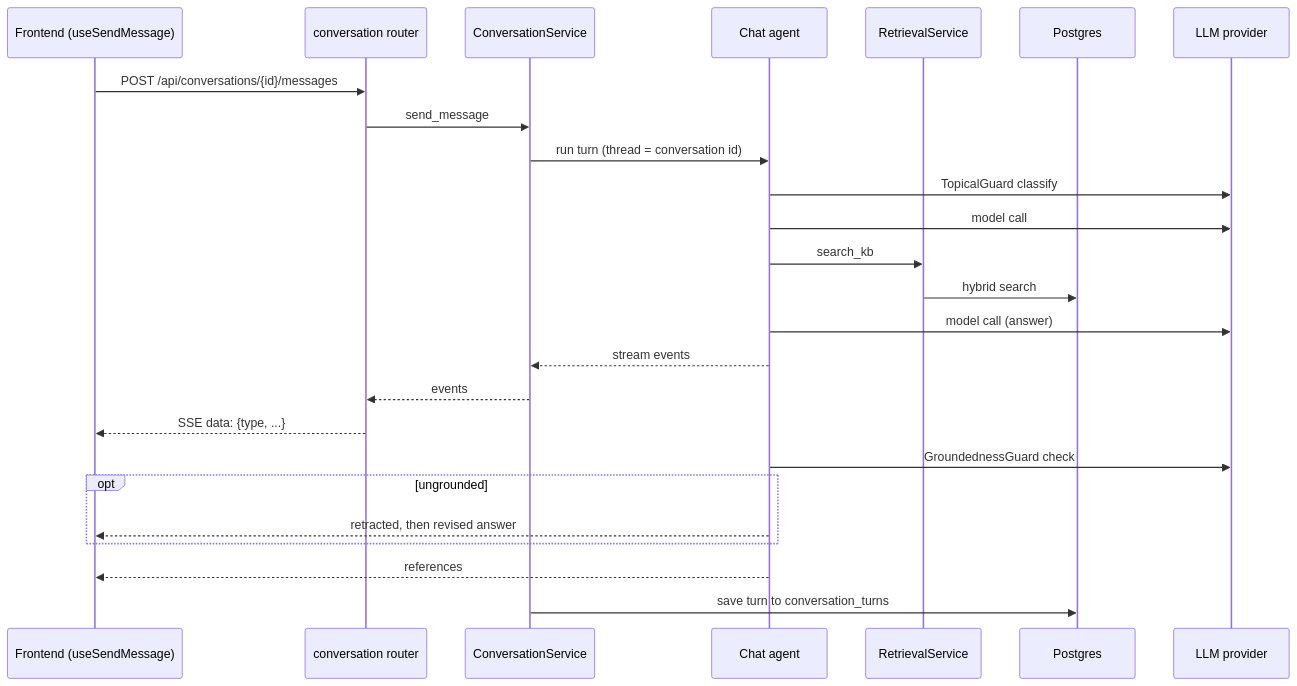
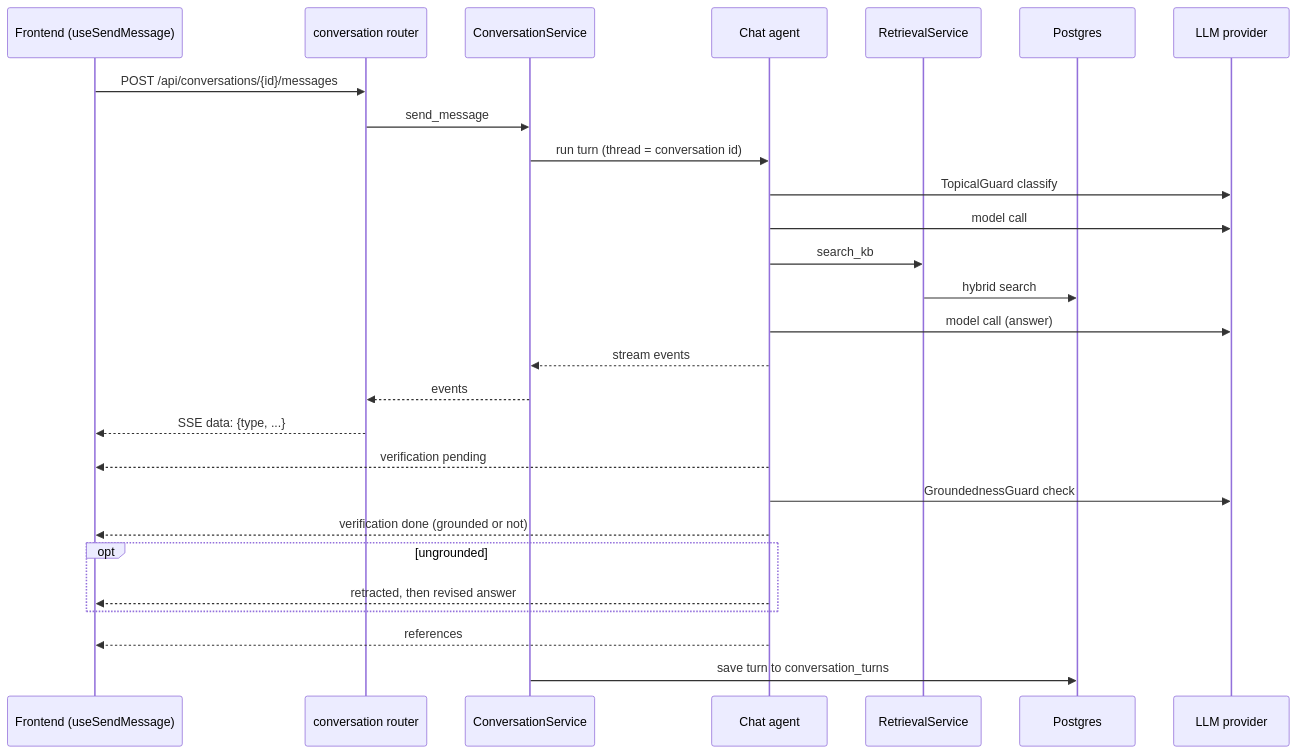
Before and after one commit to hadifar/rag: the diagram in docs/diagrams/chat-turn.md, drawn with Mermaid. The commit also changed 16 other files, not shown here.

````diff
--- a/docs/diagrams/chat-turn.md
+++ b/docs/diagrams/chat-turn.md
@@ -3,28 +3,30 @@
 ```mermaid
 sequenceDiagram
     participant UI as Frontend (useSendMessage)
     participant R as conversation router
     participant CS as ConversationService
     participant A as Chat agent
     participant KB as RetrievalService
     participant DB as Postgres
     participant LLM as LLM provider
 
     UI->>R: POST /api/conversations/{id}/messages
     R->>CS: send_message
     CS->>A: run turn (thread = conversation id)
     A->>LLM: TopicalGuard classify
     A->>LLM: model call
     A->>KB: search_kb
     KB->>DB: hybrid search
     A->>LLM: model call (answer)
     A-->>CS: stream events
     CS-->>R: events
     R-->>UI: SSE data: {type, ...}
+    A-->>UI: verification pending
     A->>LLM: GroundednessGuard check
+    A-->>UI: verification done (grounded or not)
     opt ungrounded
         A-->>UI: retracted, then revised answer
     end
     A-->>UI: references
     CS->>DB: save turn to conversation_turns
 ```
````
